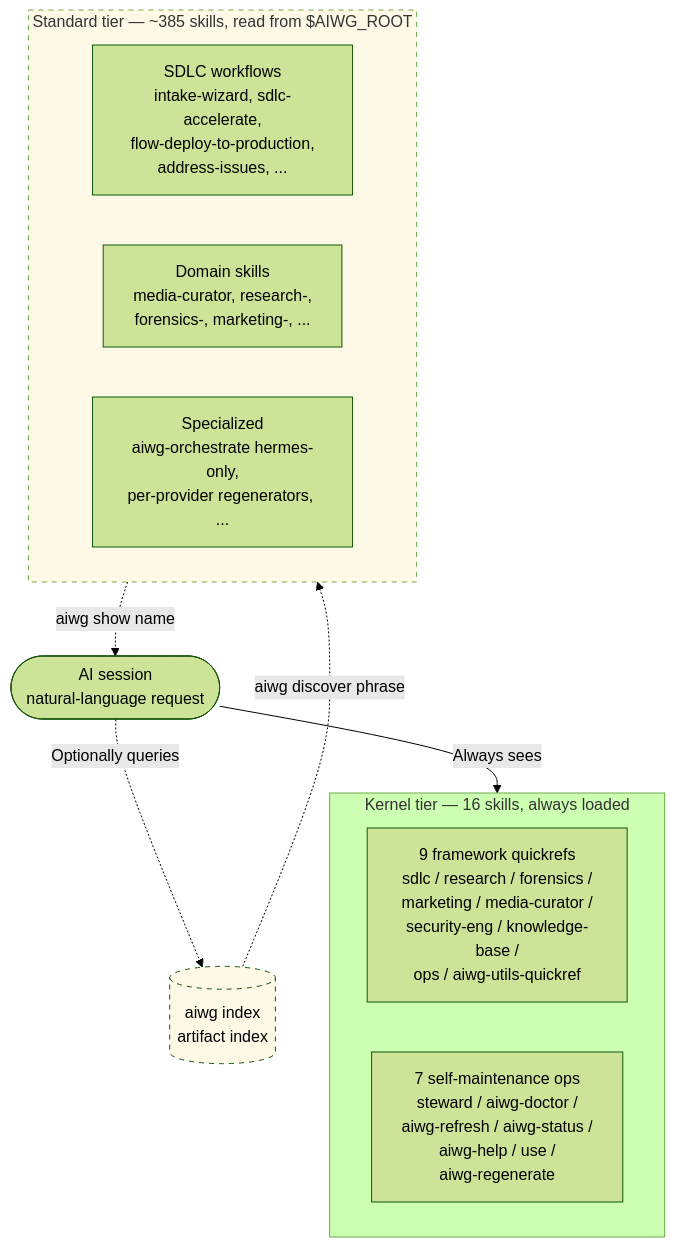
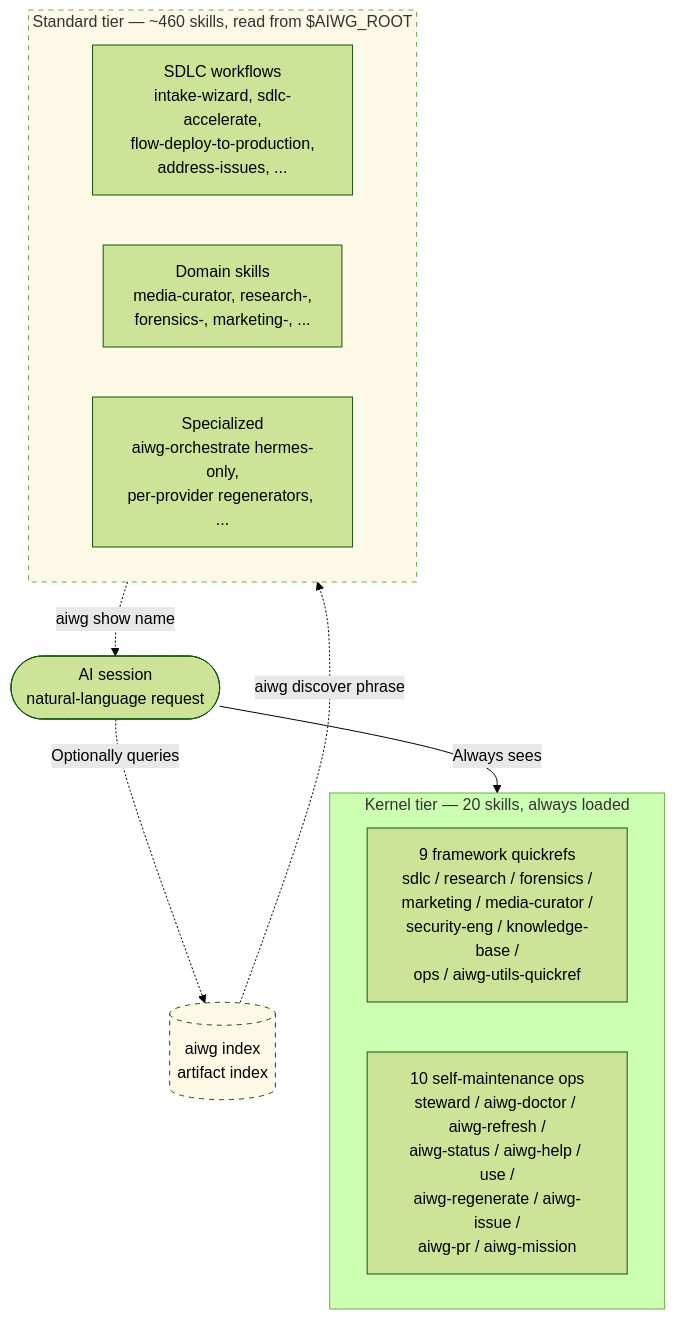
One commit to jmagly/ai-writing-guide changed the second of 8 diagrams in docs/architecture-overview.md. Above: the diagram before and after it, drawn with Mermaid (forest theme). The commit also changed other lines of this file and 13 other files, not shown here.

````diff
--- a/docs/architecture-overview.md
+++ b/docs/architecture-overview.md
@@ -75,26 +75,26 @@
 ```mermaid
 flowchart TB
-  subgraph KERNEL["Kernel tier — 16 skills, always loaded"]
+  subgraph KERNEL["Kernel tier — 20 skills, always loaded"]
     direction LR
     K1[9 framework quickrefs<br/>sdlc / research / forensics /<br/>marketing / media-curator /<br/>security-eng / knowledge-base /<br/>ops / aiwg-utils-quickref]
-    K2[7 self-maintenance ops<br/>steward / aiwg-doctor /<br/>aiwg-refresh / aiwg-status /<br/>aiwg-help / use /<br/>aiwg-regenerate]
+    K2[10 self-maintenance ops<br/>steward / aiwg-doctor / aiwg-refresh /<br/>aiwg-status / aiwg-help / use /<br/>aiwg-regenerate / aiwg-issue /<br/>aiwg-pr / aiwg-mission]
   end
 
-  subgraph STANDARD["Standard tier — ~385 skills, read from $AIWG_ROOT"]
+  subgraph STANDARD["Standard tier — ~460 skills, read from $AIWG_ROOT"]
     direction LR
     S1[SDLC workflows<br/>intake-wizard, sdlc-accelerate,<br/>flow-deploy-to-production,<br/>address-issues, ...]
     S2[Domain skills<br/>media-curator, research-,<br/>forensics-, marketing-, ...]
     S3[Specialized<br/>aiwg-orchestrate hermes-only,<br/>per-provider regenerators, ...]
   end
 
   AGENT([AI session<br/>natural-language request])
 
   AGENT -->|Always sees| KERNEL
   AGENT -.->|Optionally queries| INDEX[(aiwg index<br/>artifact index)]
   INDEX -.->|aiwg discover phrase| STANDARD
   STANDARD -.->|aiwg show name| AGENT
 
   classDef optional stroke-dasharray: 5 5,fill:#fef9e7
   class INDEX optional
   class STANDARD optional
 ```
````
